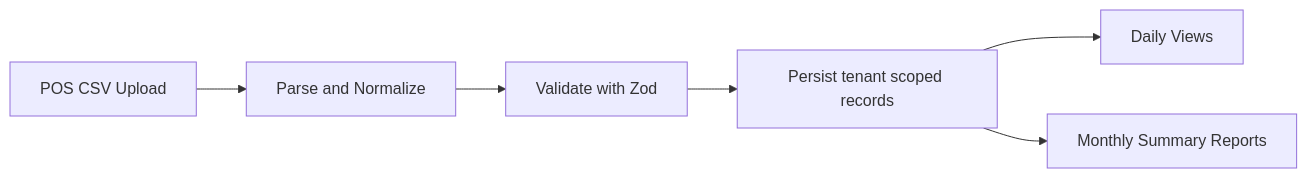
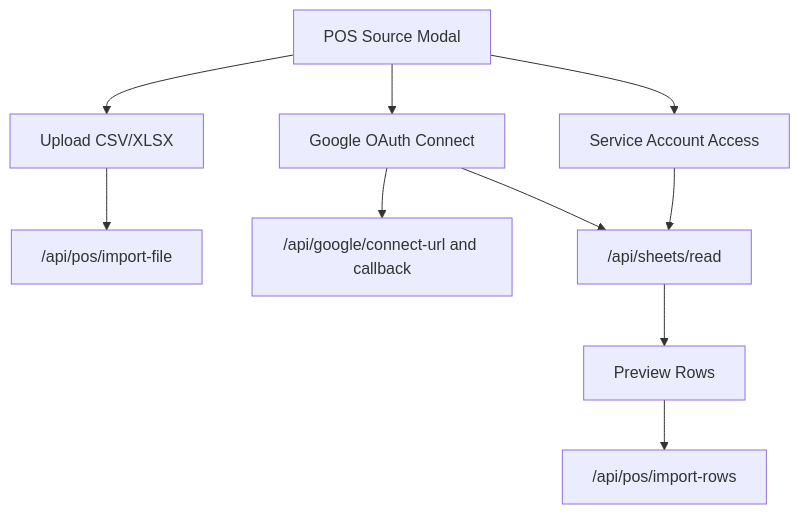
Before and after one commit to comp596-spring-2026/RetailSync: the third of 3 diagrams in README.md, drawn with Mermaid. The commit also changed other lines of this file and 7 other files, not shown here.

````diff
--- a/README.md
+++ b/README.md
@@ -126,8 +101,13 @@
 ```mermaid
-flowchart LR
-  A["POS CSV Upload"] --> B["Parse and Normalize"]
-  B --> C["Validate with Zod"]
-  C --> D["Persist tenant scoped records"]
-  D --> E["Daily Views"]
-  D --> F["Monthly Summary Reports"]
+flowchart TD
+  A["POS Source Modal"] --> B["Upload CSV/XLSX"]
+  A --> C["Google OAuth Connect"]
+  A --> D["Service Account Access"]
+
+  B --> E["/api/pos/import-file"]
+  C --> F["/api/google/connect-url and callback"]
+  C --> G["/api/sheets/read"]
+  D --> G
+  G --> H["Preview Rows"]
+  H --> I["/api/pos/import-rows"]
 ```
````
